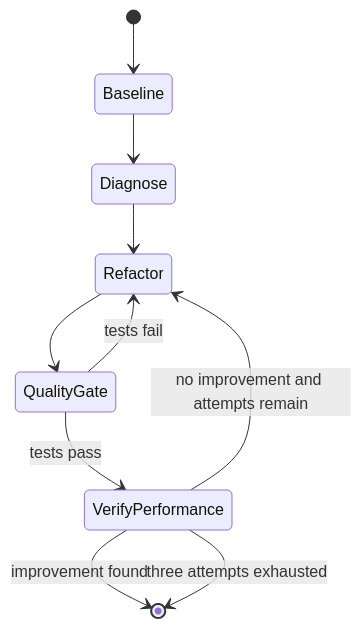
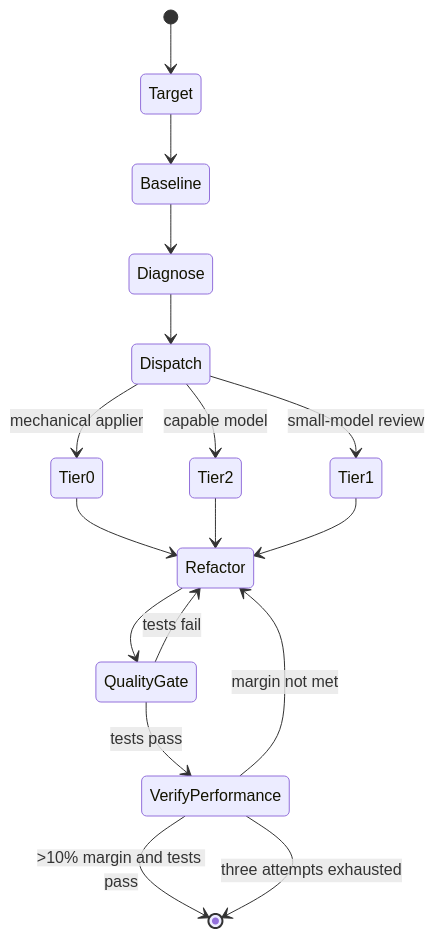
One commit to shridharyadav88/perf-gate changed the diagram in openwiki/skills/code-optimizer/overview.md. Above: the diagram before and after it, drawn with Mermaid. The commit also changed other lines of this file and 22 other files, not shown here.

````diff
--- a/openwiki/skills/code-optimizer/overview.md
+++ b/openwiki/skills/code-optimizer/overview.md
@@ -16,12 +28,19 @@
 ```mermaid
 stateDiagram-v2
-    [*] --> Baseline
+    [*] --> Target
+    Target --> Baseline
     Baseline --> Diagnose
-    Diagnose --> Refactor
+    Diagnose --> Dispatch
+    Dispatch --> Tier0: mechanical applier
+    Dispatch --> Tier2: capable model
+    Dispatch --> Tier1: small-model review
+    Tier0 --> Refactor
+    Tier2 --> Refactor
+    Tier1 --> Refactor
     Refactor --> QualityGate
     QualityGate --> Refactor: tests fail
     QualityGate --> VerifyPerformance: tests pass
-    VerifyPerformance --> [*]: improvement found
-    VerifyPerformance --> Refactor: no improvement and attempts remain
+    VerifyPerformance --> [*]: >10% margin and tests pass
+    VerifyPerformance --> Refactor: margin not met
     VerifyPerformance --> [*]: three attempts exhausted
 ```
````
